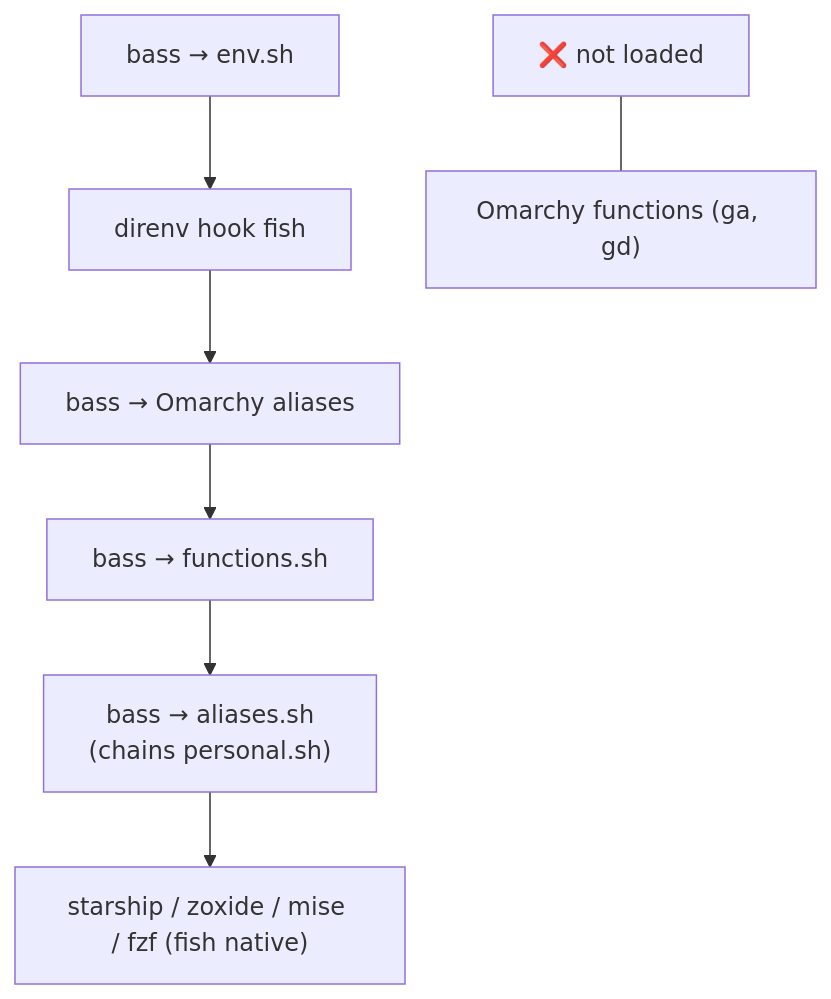
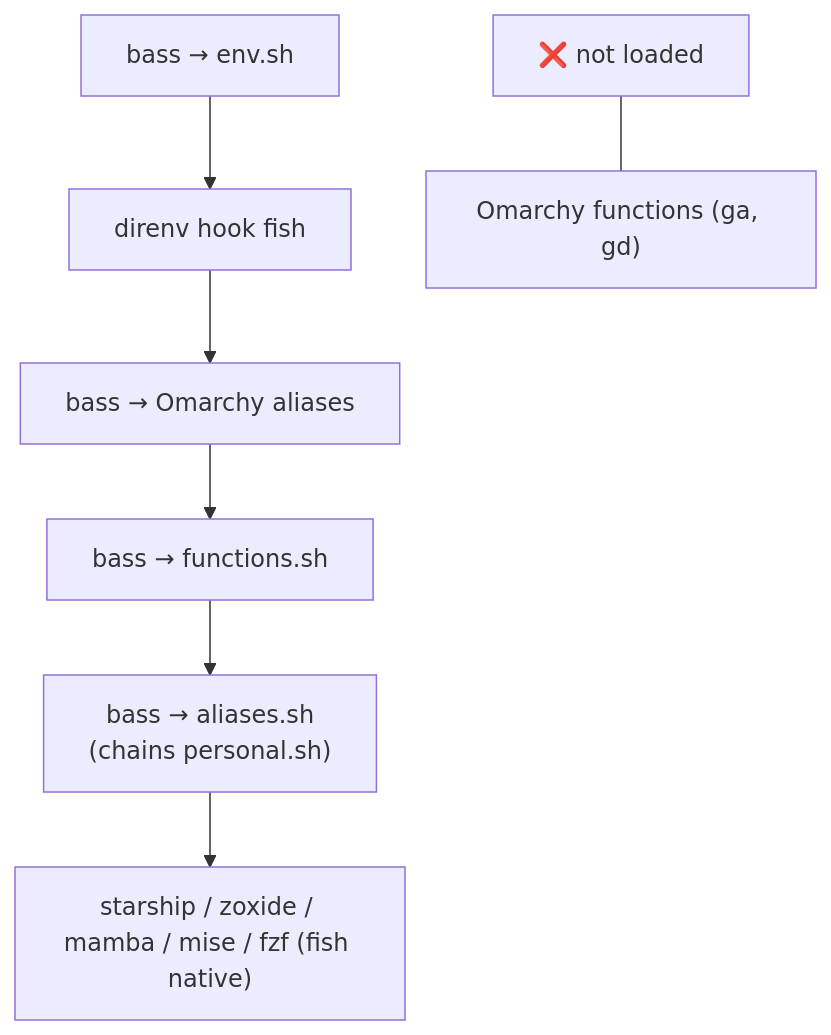
One commit to p10ns11y/shellyxz.sh changed the tenth of 11 diagrams in shell.md. Above: the diagram before and after it, drawn with Mermaid. The commit also changed other lines of this file and 3 other files, not shown here.

First line of the commit message:
Align docs with mamba, Starship, direnv, and Ghostty behavior.

````diff
--- a/shell.md
+++ b/shell.md
@@ -427,10 +434,10 @@
 ```mermaid
 flowchart TD
     F1["bass → env.sh"] --> F2["direnv hook fish"]
     F2 --> F3["bass → Omarchy aliases"]
     F3 --> F4["bass → functions.sh"]
     F4 --> F5["bass → aliases.sh<br/>(chains personal.sh)"]
-    F5 --> F6["starship / zoxide / mise / fzf (fish native)"]
+    F5 --> F6["starship / zoxide / mamba / mise / fzf (fish native)"]
 
     F7["❌ not loaded"] --- F7a["Omarchy functions (ga, gd)"]
 ```
````
